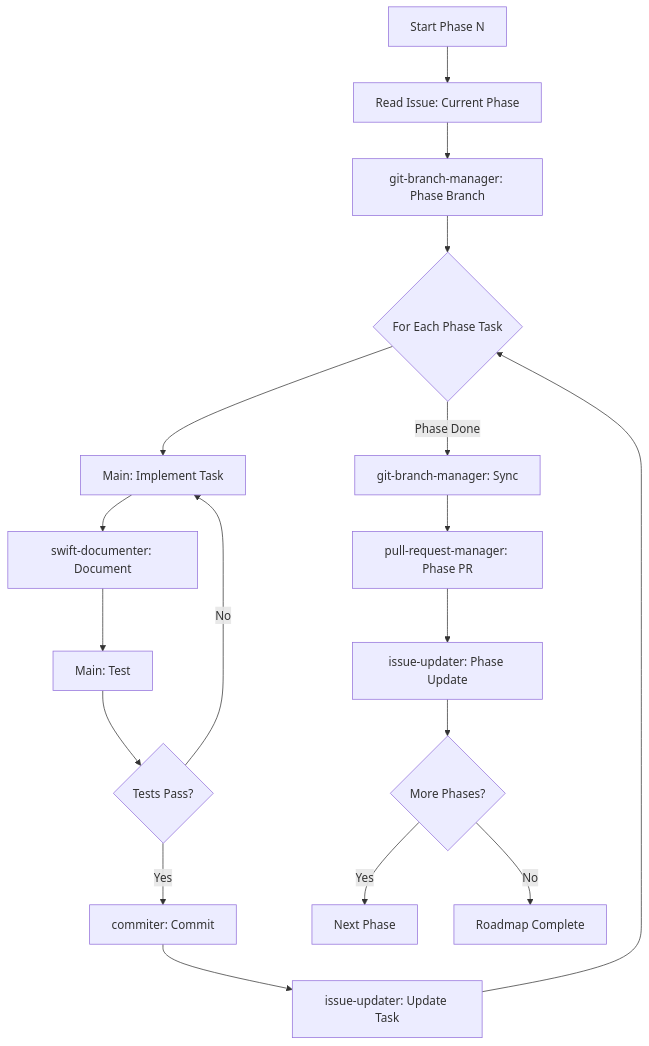
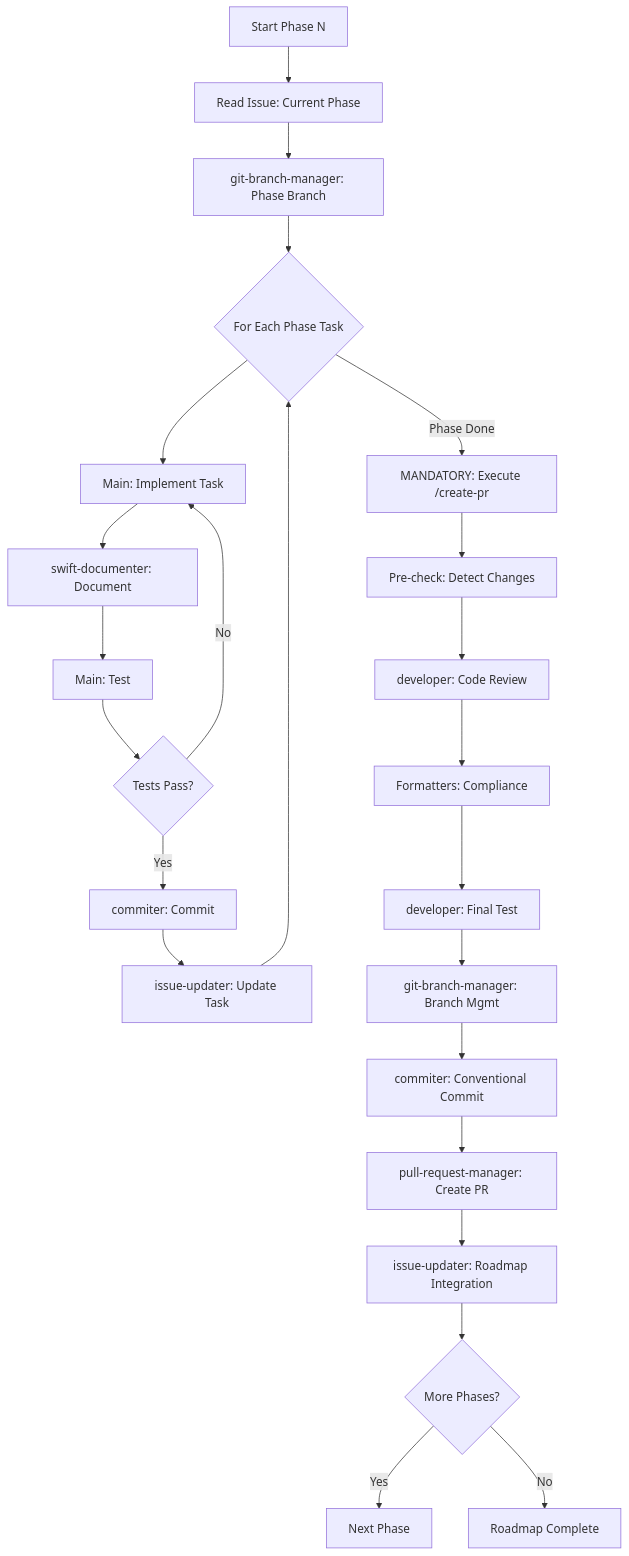
Before and after one commit to neon-law-foundation/Luxe: the diagram in .claude/commands/implement-roadmap.md, drawn with Mermaid. The commit also changed other lines of this file and 2 other files, not shown here.

First line of the commit message:
[Roadmap] HTTPHeaderAuth - Phase 0: Research (#15)

````diff
--- a/.claude/commands/implement-roadmap.md
+++ b/.claude/commands/implement-roadmap.md
@@ -135,20 +144,26 @@
 ```mermaid
 graph TD
     A[Start Phase N] --> B[Read Issue: Current Phase]
     B --> C[git-branch-manager: Phase Branch]
     C --> D{For Each Phase Task}
     D --> E[Main: Implement Task]
     E --> F[swift-documenter: Document]
     F --> G[Main: Test]
     G --> H{Tests Pass?}
     H -->|Yes| I[commiter: Commit]
     H -->|No| E
     I --> J[issue-updater: Update Task]
     J --> D
-    D -->|Phase Done| K[git-branch-manager: Sync]
-    K --> L[pull-request-manager: Phase PR]
-    L --> M[issue-updater: Phase Update]
-    M --> N{More Phases?}
-    N -->|Yes| O[Next Phase]
-    N -->|No| P[Roadmap Complete]
+    D -->|Phase Done| K[MANDATORY: Execute /create-pr]
+    K --> L[Pre-check: Detect Changes]
+    L --> M[developer: Code Review]
+    M --> N[Formatters: Compliance]
+    N --> O[developer: Final Test]
+    O --> P[git-branch-manager: Branch Mgmt]
+    P --> Q[commiter: Conventional Commit]
+    Q --> R[pull-request-manager: Create PR]
+    R --> S[issue-updater: Roadmap Integration]
+    S --> T{More Phases?}
+    T -->|Yes| U[Next Phase]
+    T -->|No| V[Roadmap Complete]
 ```
````
